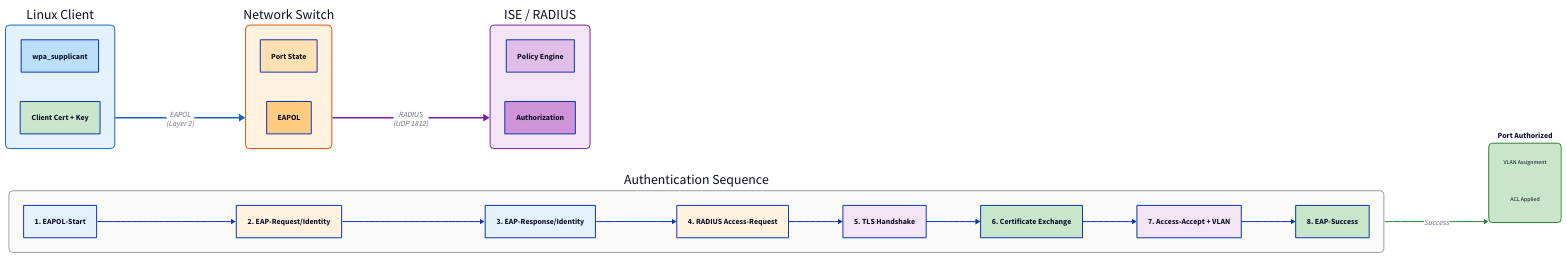
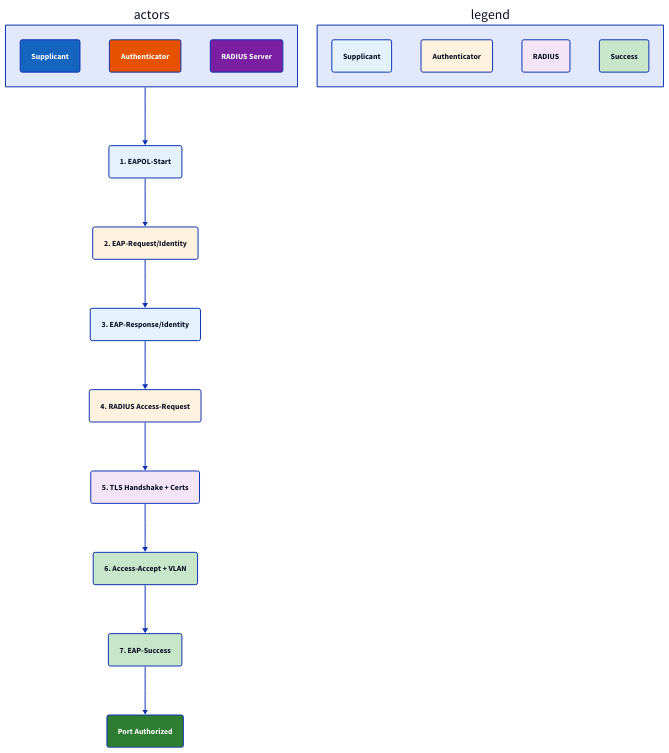
One commit to EvanusModestus/architectus-linux changed the diagram in docs/asciidoc/modules/ROOT/images/diagrams/eap-tls-auth-flow.d2. Above: the diagram before and after it, drawn with D2. The commit also changed 7 other files, not shown here.

First line of the commit message:
content(eap-tls): add RFC reference, clean up D2 diagrams

```diff
--- a/docs/asciidoc/modules/ROOT/images/diagrams/eap-tls-auth-flow.d2
+++ b/docs/asciidoc/modules/ROOT/images/diagrams/eap-tls-auth-flow.d2
@@ -1,155 +1,139 @@
 # 802.1X EAP-TLS Authentication Flow
-# Architectus Linux Documentation
 
-direction: right
+direction: down
 
-# Main entities
-supplicant: Linux Client {
-  shape: rectangle
-  style: {
-    fill: "#e3f2fd"
-    stroke: "#1565c0"
-    stroke-width: 2
-    border-radius: 8
+# Actors row
+actors: {
+  direction: right
+
+  supplicant: Supplicant {
+    shape: rectangle
+    style: {
+      fill: "#1565c0"
+      font-color: white
+      bold: true
+      border-radius: 4
+    }
   }
 
-  wpa: wpa_supplicant {
+  authenticator: Authenticator {
     shape: rectangle
     style: {
-      fill: "#bbdefb"
+      fill: "#e65100"
+      font-color: white
+      bold: true
+      border-radius: 4
     }
   }
-  cert: Client Cert + Key {
+
+  radius: RADIUS Server {
     shape: rectangle
     style: {
-      fill: "#c8e6c9"
+      fill: "#7b1fa2"
+      font-color: white
+      bold: true
+      border-radius: 4
     }
   }
 }
 
-authenticator: Network Switch {
-  shape: rectangle
+# Sequence steps
+s1: "1. EAPOL-Start" {
   style: {
-    fill: "#fff3e0"
-    stroke: "#e65100"
-    stroke-width: 2
-    border-radius: 8
-  }
-
-  port: "Port State" {
-    shape: rectangle
-    style: {
-      fill: "#ffe0b2"
-    }
-  }
-  eapol: EAPOL {
-    shape: rectangle
-    style: {
-      fill: "#ffcc80"
-    }
+    fill: "#e3f2fd"
+    border-radius: 4
   }
 }
 
-radius: ISE / RADIUS {
-  shape: rectangle
+s2: "2. EAP-Request/Identity" {
   style: {
-    fill: "#f3e5f5"
-    stroke: "#7b1fa2"
-    stroke-width: 2
-    border-radius: 8
-  }
-
-  policy: Policy Engine {
-    shape: rectangle
-    style: {
-      fill: "#e1bee7"
-    }
-  }
-  authz: Authorization {
-    shape: rectangle
-    style: {
-      fill: "#ce93d8"
-    }
+    fill: "#fff3e0"
+    border-radius: 4
   }
 }
 
-# Protocol connections
-supplicant -> authenticator: "EAPOL\n(Layer 2)" {
+s3: "3. EAP-Response/Identity" {
   style: {
-    stroke: "#1565c0"
-    stroke-width: 3
+    fill: "#e3f2fd"
+    border-radius: 4
   }
 }
 
-authenticator -> radius: "RADIUS\n(UDP 1812)" {
+s4: "4. RADIUS Access-Request" {
   style: {
-    stroke: "#7b1fa2"
-    stroke-width: 3
+    fill: "#fff3e0"
+    border-radius: 4
   }
 }
 
-# Authentication sequence as separate element
-sequence: Authentication Sequence {
-  shape: rectangle
+s5: "5. TLS Handshake + Certs" {
   style: {
-    fill: "#fafafa"
-    stroke: "#9e9e9e"
-    border-radius: 8
+    fill: "#f3e5f5"
+    border-radius: 4
   }
+}
 
-  step1: "1. EAPOL-Start" {
-    style: { fill: "#e3f2fd" }
+s6: "6. Access-Accept + VLAN" {
+  style: {
+    fill: "#c8e6c9"
+    border-radius: 4
   }
-  step2: "2. EAP-Request/Identity" {
-    style: { fill: "#fff3e0" }
+}
+
+s7: "7. EAP-Success" {
+  style: {
+    fill: "#c8e6c9"
+    border-radius: 4
   }
-  step3: "3. EAP-Response/Identity" {
-    style: { fill: "#e3f2fd" }
-  }
-  step4: "4. RADIUS Access-Request" {
-    style: { fill: "#fff3e0" }
-  }
-  step5: "5. TLS Handshake" {
-    style: { fill: "#f3e5f5" }
-  }
-  step6: "6. Certificate Exchange" {
-    style: { fill: "#c8e6c9" }
-  }
-  step7: "7. Access-Accept + VLAN" {
-    style: { fill: "#f3e5f5" }
-  }
-  step8: "8. EAP-Success" {
-    style: { fill: "#c8e6c9" }
-  }
-
-  step1 -> step2 -> step3 -> step4 -> step5 -> step6 -> step7 -> step8
 }
 
 # Result
 result: Port Authorized {
   shape: rectangle
   style: {
-    fill: "#c8e6c9"
-    stroke: "#2e7d32"
-    stroke-width: 2
-    border-radius: 8
+    fill: "#2e7d32"
+    font-color: white
     bold: true
-    font-size: 16
-  }
-
-  vlan: "VLAN Assignment" {
-    shape: text
-    style: { font-size: 12 }
-  }
-  acl: "ACL Applied" {
-    shape: text
-    style: { font-size: 12 }
+    border-radius: 4
   }
 }
 
-sequence -> result: "Success" {
-  style: {
-    stroke: "#2e7d32"
-    stroke-width: 2
+# Flow
+actors -> s1
+s1 -> s2
+s2 -> s3
+s3 -> s4
+s4 -> s5
+s5 -> s6
+s6 -> s7
+s7 -> result
+
+# Legend
+legend: {
+  direction: right
+
+  l1: Supplicant {
+    style: {
+      fill: "#e3f2fd"
+      border-radius: 4
+    }
+  }
+  l2: Authenticator {
+    style: {
+      fill: "#fff3e0"
+      border-radius: 4
+    }
+  }
+  l3: RADIUS {
+    style: {
+      fill: "#f3e5f5"
+      border-radius: 4
+    }
+  }
+  l4: Success {
+    style: {
+      fill: "#c8e6c9"
+      border-radius: 4
+    }
   }
 }
```
